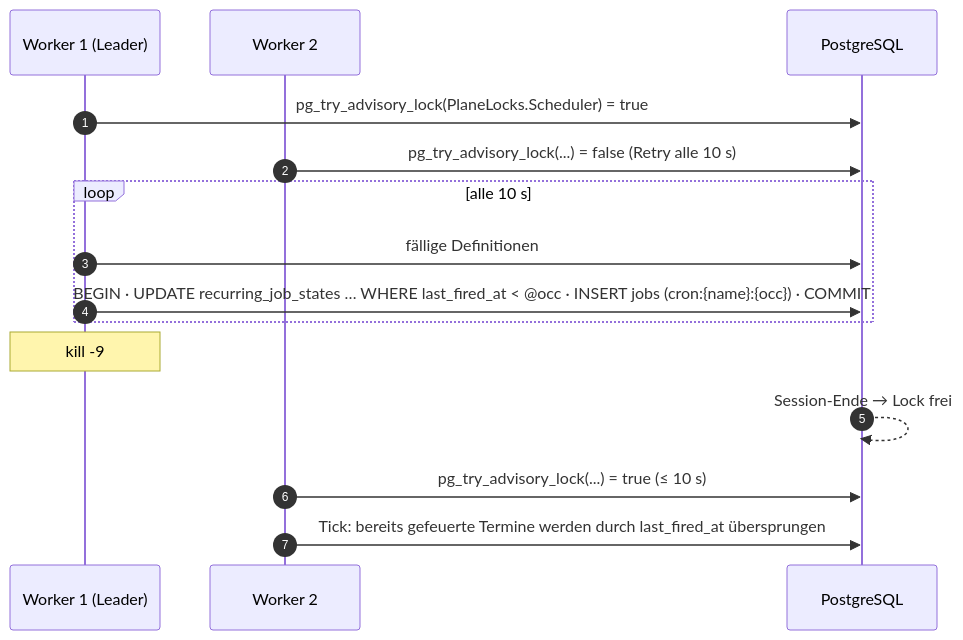
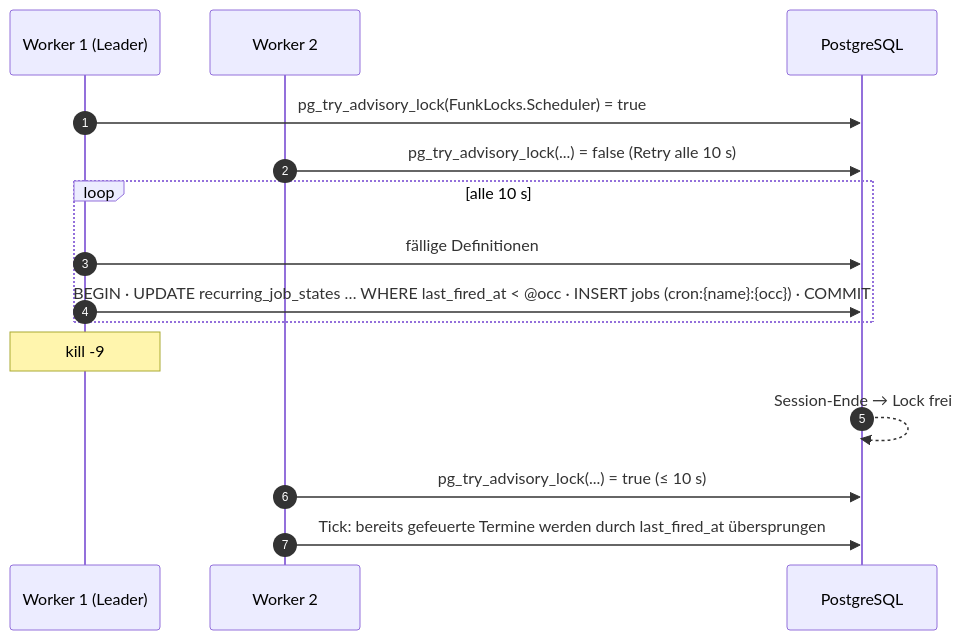
One commit to mlwr/plane changed the third of 5 diagrams in migration/architecture/06-hintergrundjobs-events-benachrichtigungen.md. Above: the diagram before and after it, drawn with Mermaid. The commit also changed other lines of this file and 27 other files, not shown here.

First line of the commit message:
docs(migration): rename target identifiers to funk in architecture and plan docs

````diff
--- a/migration/architecture/06-hintergrundjobs-events-benachrichtigungen.md
+++ b/migration/architecture/06-hintergrundjobs-events-benachrichtigungen.md
@@ -398,17 +398,17 @@
 ```mermaid
 sequenceDiagram
   autonumber
   participant W1 as Worker 1 (Leader)
   participant W2 as Worker 2
   participant PG as PostgreSQL
-  W1->>PG: pg_try_advisory_lock(PlaneLocks.Scheduler) = true
+  W1->>PG: pg_try_advisory_lock(FunkLocks.Scheduler) = true
   W2->>PG: pg_try_advisory_lock(...) = false (Retry alle 10 s)
   loop alle 10 s
     W1->>PG: fällige Definitionen
     W1->>PG: BEGIN · UPDATE recurring_job_states … WHERE last_fired_at < @occ · INSERT jobs (cron:{name}:{occ}) · COMMIT
   end
   Note over W1: kill -9
   PG-->>PG: Session-Ende → Lock frei
   W2->>PG: pg_try_advisory_lock(...) = true (≤ 10 s)
   W2->>PG: Tick: bereits gefeuerte Termine werden durch last_fired_at übersprungen
 ```
````
